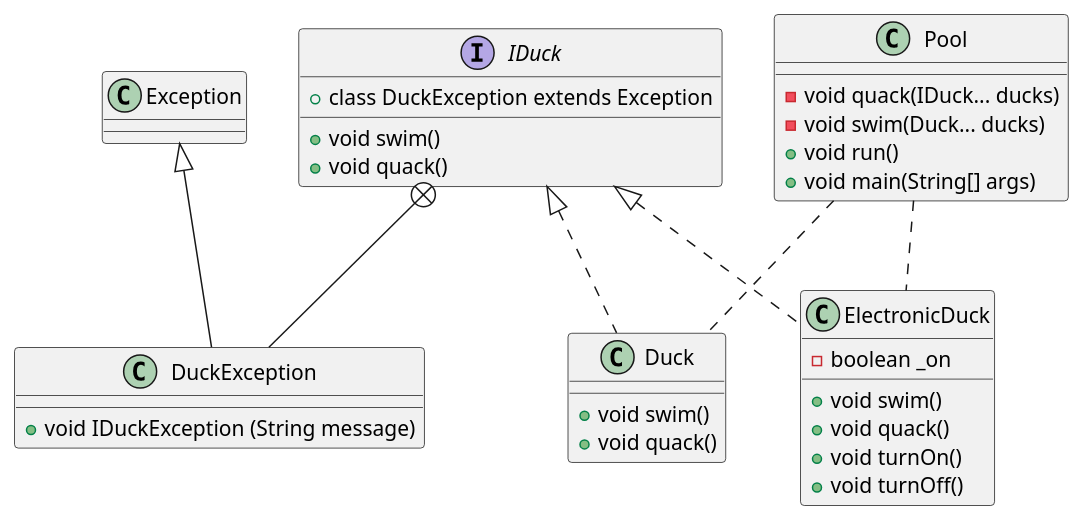
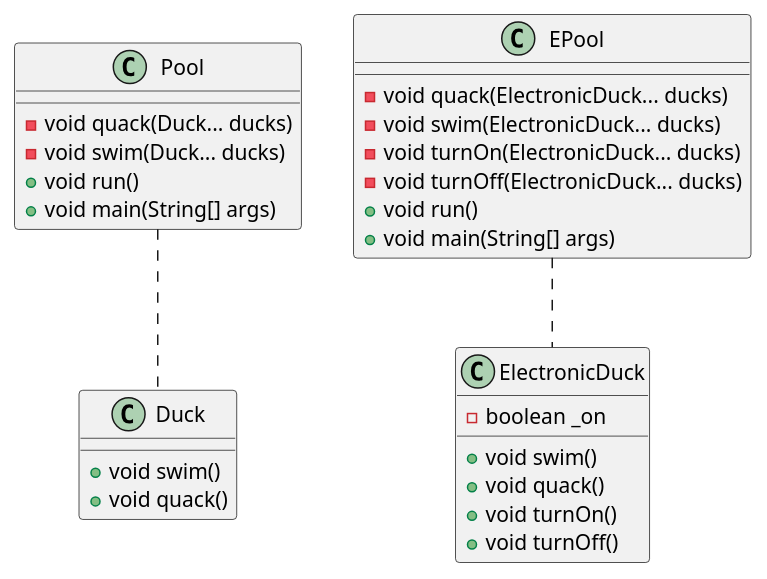
One commit to haythem-JS/SOLID changed the diagram in LSP/src/com/directi/training/lsp/exercise_refactored/diagram.puml. Above: the diagram before and after it, drawn with PlantUML. The commit also changed 13 other files, not shown here.

```diff
--- a/LSP/src/com/directi/training/lsp/exercise_refactored/diagram.puml
+++ b/LSP/src/com/directi/training/lsp/exercise_refactored/diagram.puml
@@ -1,42 +1,40 @@
 @startuml
 
-interface IDuck 
+class Duck
 {
-    + class DuckException extends Exception 
     + void swim()
     + void quack()
-
 }
 
-class DuckException extends Exception{
-    + void IDuckException (String message)
-}
 
-class ElectronicDuck implements IDuck
-{ 
+class ElectronicDuck
+{
     - boolean _on
     + void swim()
     + void quack()
     + void turnOn()
     + void turnOff()
 }
 
-class Duck implements IDuck
-{ 
-    + void swim()
-    + void quack()
-}
-
 class Pool
-{ 
-    - void quack(IDuck... ducks)
+{
+    - void quack(Duck... ducks)
     - void swim(Duck... ducks)
     + void run()
     + void main(String[] args)
 }
-  
-IDuck +-- DuckException
+
+class EPool
+{
+    - void quack(ElectronicDuck... ducks)
+    - void swim(ElectronicDuck... ducks)
+    - void turnOn(ElectronicDuck... ducks)
+    - void turnOff(ElectronicDuck... ducks)
+    + void run()
+    + void main(String[] args)
+}
+
 Pool -. Duck
-Pool -. ElectronicDuck
+EPool -. ElectronicDuck
 
 @enduml
```
